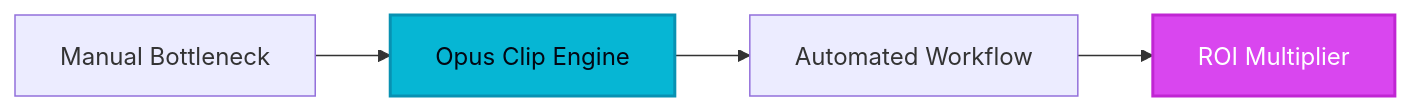
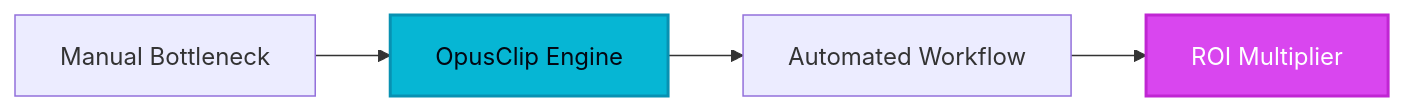
Before and after one commit to heliatech-media/saas-radar: the diagram in site/src/content/blog/opus-clip-evolution-guide-2026.md, drawn with Mermaid. The commit also changed other lines of this file and 47 other files, not shown here.

````diff
--- a/site/src/content/blog/opus-clip-evolution-guide-2026.md
+++ b/site/src/content/blog/opus-clip-evolution-guide-2026.md
@@ -57,8 +60,8 @@
 ```mermaid
 flowchart LR
-    A[Manual Bottleneck] --> B[Opus Clip Engine]
+    A[Manual Bottleneck] --> B[OpusClip Engine]
     B --> C[Automated Workflow]
     C --> D[ROI Multiplier]
     style B fill:#06b6d4,stroke:#0891b2,stroke-width:2px,color:#030712
     style D fill:#d946ef,stroke:#c026d3,stroke-width:2px,color:#ffffff
 ```
````
